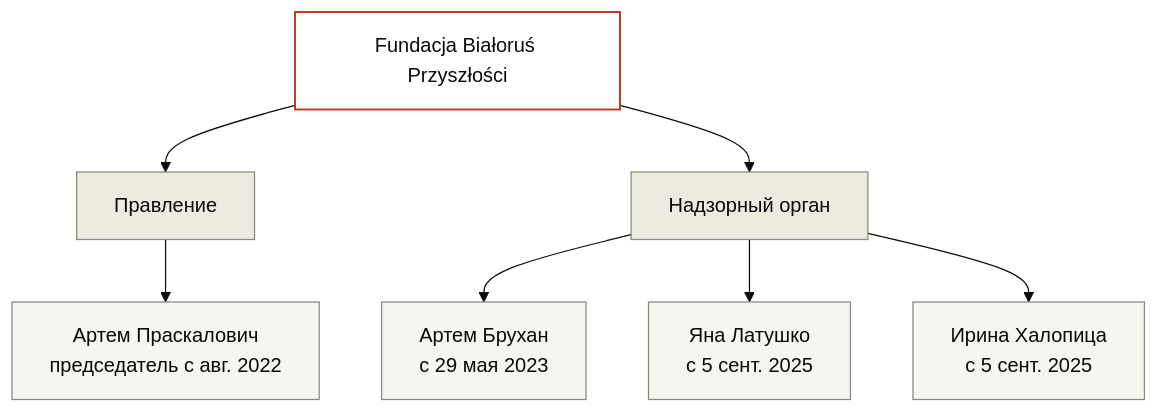
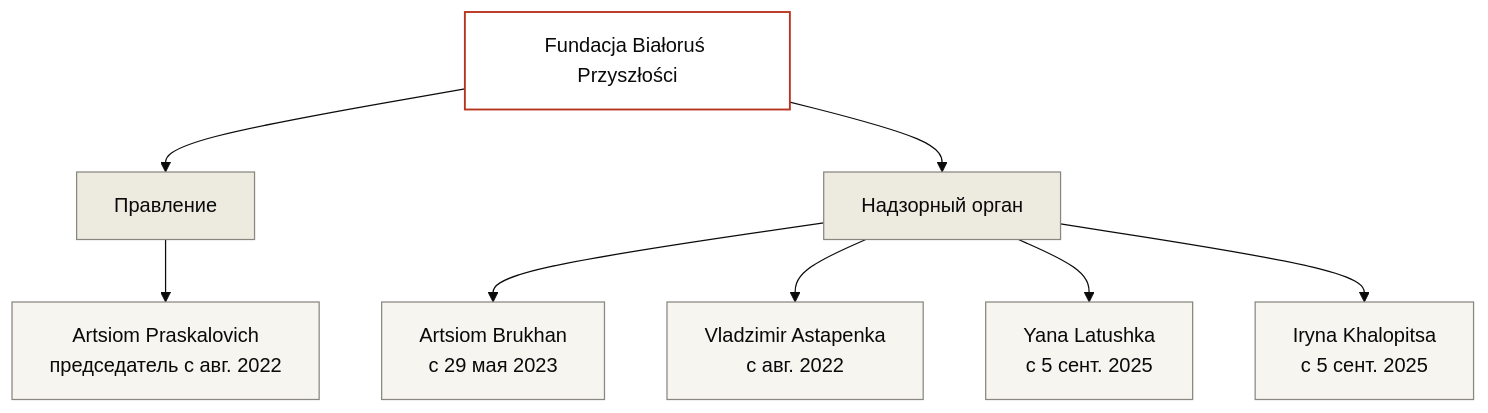
The diagram in docs/organizations/bialorus-przyszlosci.md (belarustransparency/belarus-transparency), drawn with Mermaid (base theme) before and after one commit. The commit also changed other lines of this file and 3 other files, not shown here.

````diff
--- a/docs/organizations/bialorus-przyszlosci.md
+++ b/docs/organizations/bialorus-przyszlosci.md
@@ -130,25 +133,27 @@
 ```mermaid
 graph TD
     ORG["Fundacja Białoruś Przyszłości"]
     MGMT["Правление"]
     OVS["Надзорный орган"]
-    PRES["Артем Праскалович<br/>председатель с авг. 2022"]
-    OV1["Артем Брухан<br/>с 29 мая 2023"]
-    OV2["Яна Латушко<br/>с 5 сент. 2025"]
-    OV3["Ирина Халопица<br/>с 5 сент. 2025"]
+    PRES["Artsiom Praskalovich<br/>председатель с авг. 2022"]
+    OV1["Artsiom Brukhan<br/>с 29 мая 2023"]
+    OV2["Vladzimir Astapenka<br/>с авг. 2022"]
+    OV3["Yana Latushka<br/>с 5 сент. 2025"]
+    OV4["Iryna Khalopitsa<br/>с 5 сент. 2025"]
 
     ORG --> MGMT
     ORG --> OVS
     MGMT --> PRES
     OVS --> OV1
     OVS --> OV2
     OVS --> OV3
+    OVS --> OV4
 
     classDef org fill:#FFFFFF,stroke:#B8341E,stroke-width:1.5px,color:#0A0A0A;
     classDef unit fill:#EDEAE0,stroke:#888780,stroke-width:1px,color:#0A0A0A;
     classDef person fill:#F7F5F0,stroke:#888780,stroke-width:1px,color:#0A0A0A;
 
     class ORG org;
     class MGMT,OVS unit;
-    class PRES,OV1,OV2,OV3 person;
+    class PRES,OV1,OV2,OV3,OV4 person;
 ```
````
